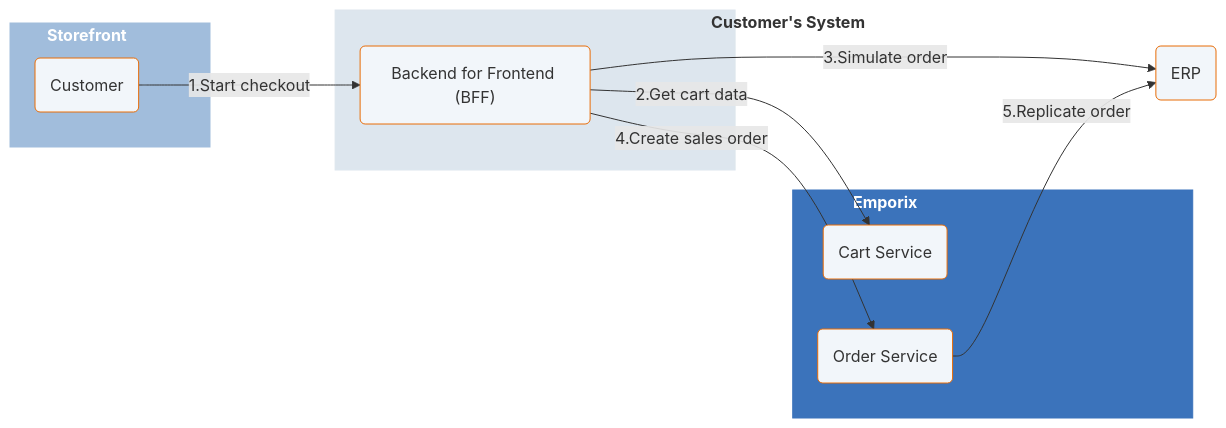
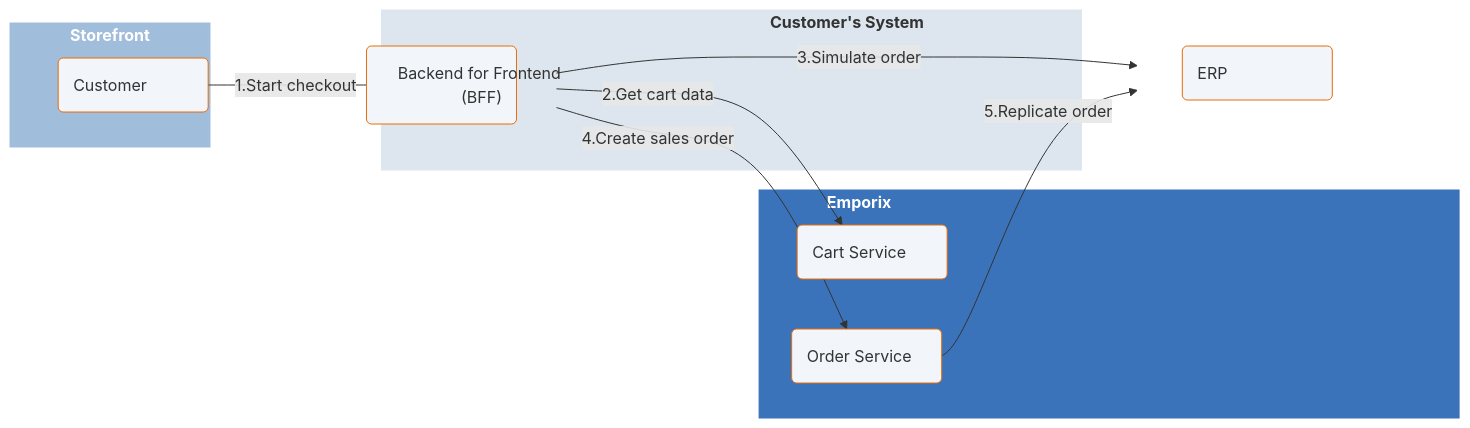
One commit to emporix/api-references changed the third of 3 diagrams in orders/order/order.md. Above: the diagram before and after it, drawn with Mermaid. The commit also changed other lines of this file, not shown here.

Commit message:
Diagram size test

````diff
--- a/orders/order/order.md
+++ b/orders/order/order.md
@@ -157,44 +157,44 @@
 ```mermaid
 ---
 config:
   layout: fixed
   theme: default
   look: classic
 ---
 flowchart LR
  subgraph subGraph0["`**Storefront**`"]
         A["Customer"]
   end
  subgraph subGraph1["`**Emporix**`"]
         CS["Cart Service"]
         OS["Order Service"]
   end
  subgraph subGraph2["`**Customer's System**`"]
         BFF["Backend for Frontend (BFF)"]
         ERP["ERP"]
   end
     A -- "1.Start checkout" --> BFF
     BFF -- "2.Get cart data" --> CS
     BFF -- "3.Simulate order" --> ERP
     BFF -- "4.Create sales order" --> OS
     OS -- "5.Replicate order" --> ERP
     A@{ shape: rounded}
     CS@{ shape: rounded}
     OS@{ shape: rounded}
     BFF@{ shape: rounded}
     ERP@{ shape: rounded}
      A:::Class_04
      CS:::Class_04
      OS:::Class_04
      BFF:::Class_04
      ERP:::Class_04
      subGraph1:::Class_03
      subGraph0:::Class_01
      subGraph2:::Class_02
-    classDef Class_02 stroke-width:1px, stroke-dasharray: 0, stroke:#DDE6EE, fill:#DDE6EE, width:400px
+    classDef Class_02 stroke-width:1px, stroke-dasharray: 0, stroke:#DDE6EE, fill:#DDE6EE, width:700px
     classDef Class_01 stroke-width:1px, stroke-dasharray: 0, stroke:#A1BDDC, fill:#A1BDDC, width:200px
-    classDef Class_03 stroke-width:1px, stroke-dasharray: 0, stroke:#3b73bb, fill:#3b73bb, width:400px
-    classDef Class_04 fill:#F2F6FA, stroke:#E86C07, 
+    classDef Class_03 stroke-width:1px, stroke-dasharray: 0, stroke:#3b73bb, fill:#3b73bb, width:700px
+    classDef Class_04 fill:#F2F6FA, stroke:#E86C07, width:150px
     style subGraph0 color:#FFFFFF
     style subGraph1 color:#FFFFFF
 ```
````
